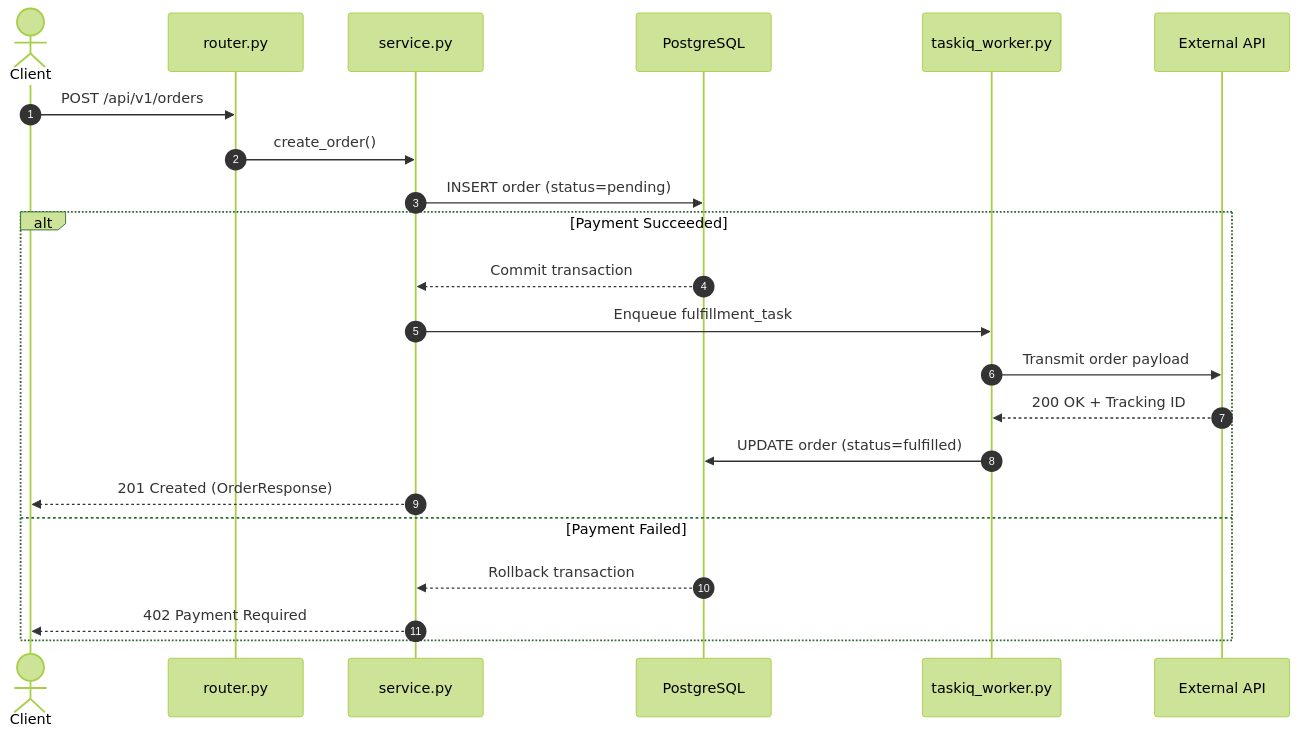
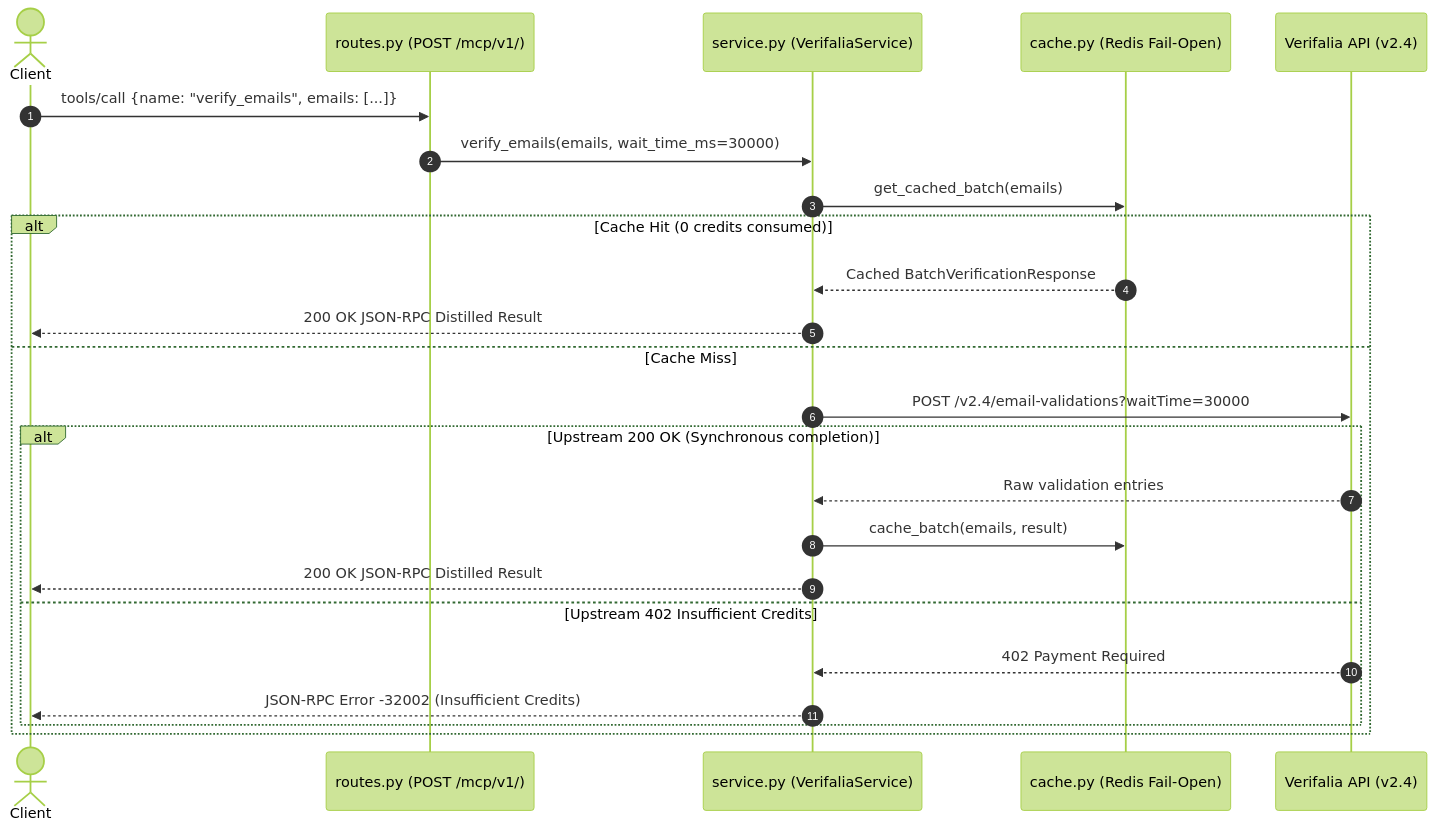
The diagram in .agents/skills/ask/SKILL.md (victoralaba/muscar_mail), drawn with Mermaid (forest theme) before and after one commit. The commit also changed 4 other files, not shown here.

````diff
--- a/.agents/skills/ask/SKILL.md
+++ b/.agents/skills/ask/SKILL.md
@@ -71,25 +71,27 @@
 ```mermaid
 sequenceDiagram
     autonumber
     actor Client
-    participant Router as router.py
-    participant Service as service.py
-    participant DB as PostgreSQL
-    participant Worker as taskiq_worker.py
-    participant Partner as External API
+    participant Router as routes.py (POST /mcp/v1/)
+    participant Service as service.py (VerifaliaService)
+    participant Cache as cache.py (Redis Fail-Open)
+    participant Provider as Verifalia API (v2.4)
 
-    Client->>Router: POST /api/v1/orders
-    Router->>Service: create_order()
-    Service->>DB: INSERT order (status=pending)
-    alt Payment Succeeded
-        DB-->>Service: Commit transaction
-        Service->>Worker: Enqueue fulfillment_task
-        Worker->>Partner: Transmit order payload
-        Partner-->>Worker: 200 OK + Tracking ID
-        Worker->>DB: UPDATE order (status=fulfilled)
-        Service-->>Client: 201 Created (OrderResponse)
-    else Payment Failed
-        DB-->>Service: Rollback transaction
-        Service-->>Client: 402 Payment Required
+    Client->>Router: tools/call {name: "verify_emails", emails: [...]}
+    Router->>Service: verify_emails(emails, wait_time_ms=30000)
+    Service->>Cache: get_cached_batch(emails)
+    alt Cache Hit (0 credits consumed)
+        Cache-->>Service: Cached BatchVerificationResponse
+        Service-->>Client: 200 OK JSON-RPC Distilled Result
+    else Cache Miss
+        Service->>Provider: POST /v2.4/email-validations?waitTime=30000
+        alt Upstream 200 OK (Synchronous completion)
+            Provider-->>Service: Raw validation entries
+            Service->>Cache: cache_batch(emails, result)
+            Service-->>Client: 200 OK JSON-RPC Distilled Result
+        else Upstream 402 Insufficient Credits
+            Provider-->>Service: 402 Payment Required
+            Service-->>Client: JSON-RPC Error -32002 (Insufficient Credits)
+        end
     end
 ```
````
